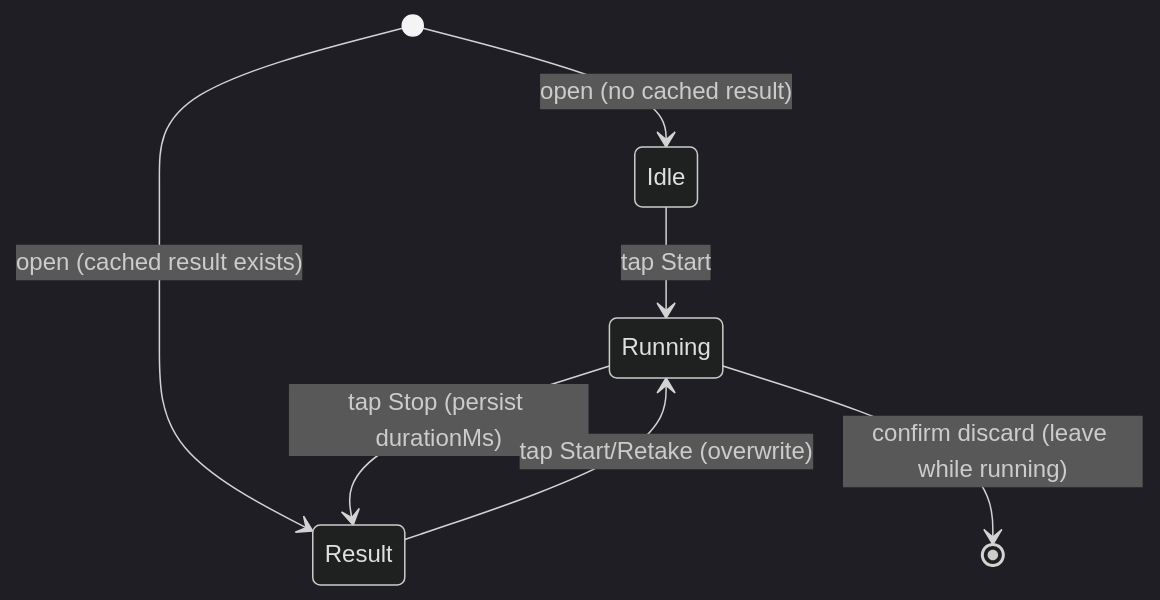
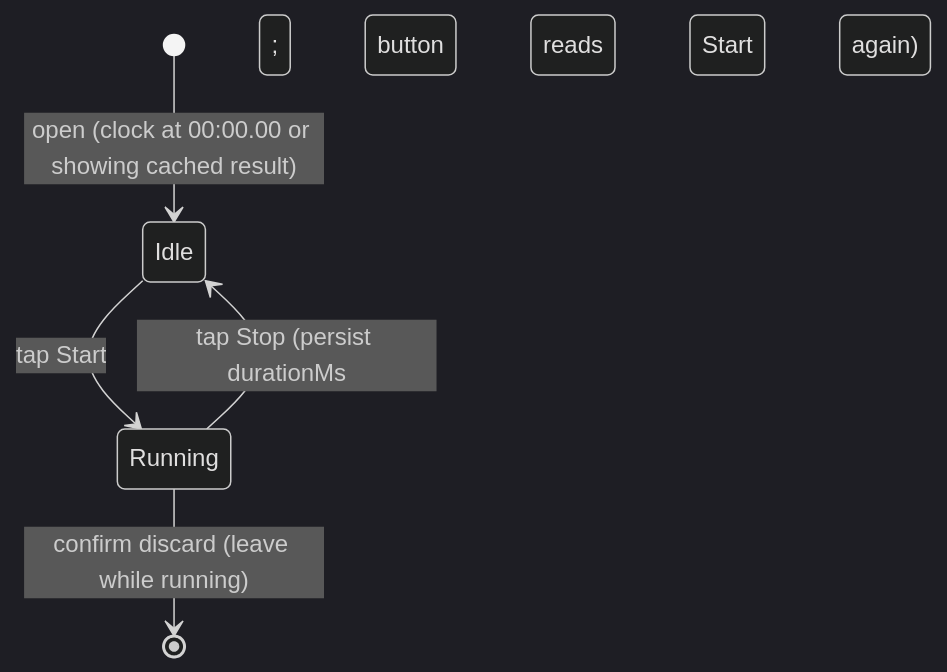
Before and after one commit to pvtvv/climber-app: the third of 3 diagrams in docs/sdlc/FEATURE/climberapp-measurement-mode-entry.md, drawn with Mermaid (dark theme). The commit also changed other lines of this file and 99 other files, not shown here.

````diff
--- a/docs/sdlc/FEATURE/climberapp-measurement-mode-entry.md
+++ b/docs/sdlc/FEATURE/climberapp-measurement-mode-entry.md
@@ -425,9 +424,7 @@
 ```mermaid
 stateDiagram-v2
-    [*] --> Idle: open (no cached result)
-    [*] --> Result: open (cached result exists)
+    [*] --> Idle: open (clock at 00:00.00 or showing cached result)
     Idle --> Running: tap Start
-    Running --> Result: tap Stop (persist durationMs)
-    Result --> Running: tap Start/Retake (overwrite)
+    Running --> Idle: tap Stop (persist durationMs; button reads Start again)
     Running --> [*]: confirm discard (leave while running)
 ```
````
